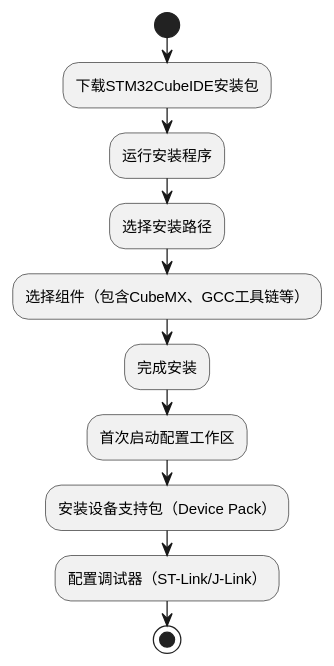
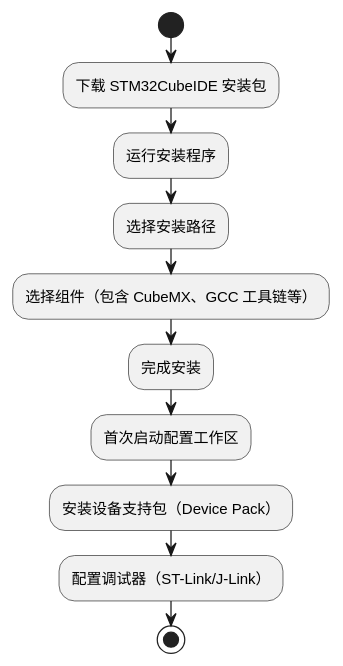
The second of 4 diagrams in docs/appendix_b.md (Inkyo-007/OA-EPP), drawn with PlantUML before and after one commit. The commit also changed other lines of this file and 5 other files, not shown here.

````diff
--- a/docs/appendix_b.md
+++ b/docs/appendix_b.md
@@ -114,14 +114,14 @@
 ```plantuml
 @startuml
 start
-:下载STM32CubeIDE安装包;
+:下载 STM32CubeIDE 安装包;
 :运行安装程序;
 :选择安装路径;
-:选择组件（包含CubeMX、GCC工具链等）;
+:选择组件（包含 CubeMX、GCC 工具链等）;
 :完成安装;
 :首次启动配置工作区;
 :安装设备支持包（Device Pack）;
 :配置调试器（ST-Link/J-Link）;
 stop
 @enduml
 ```
````
